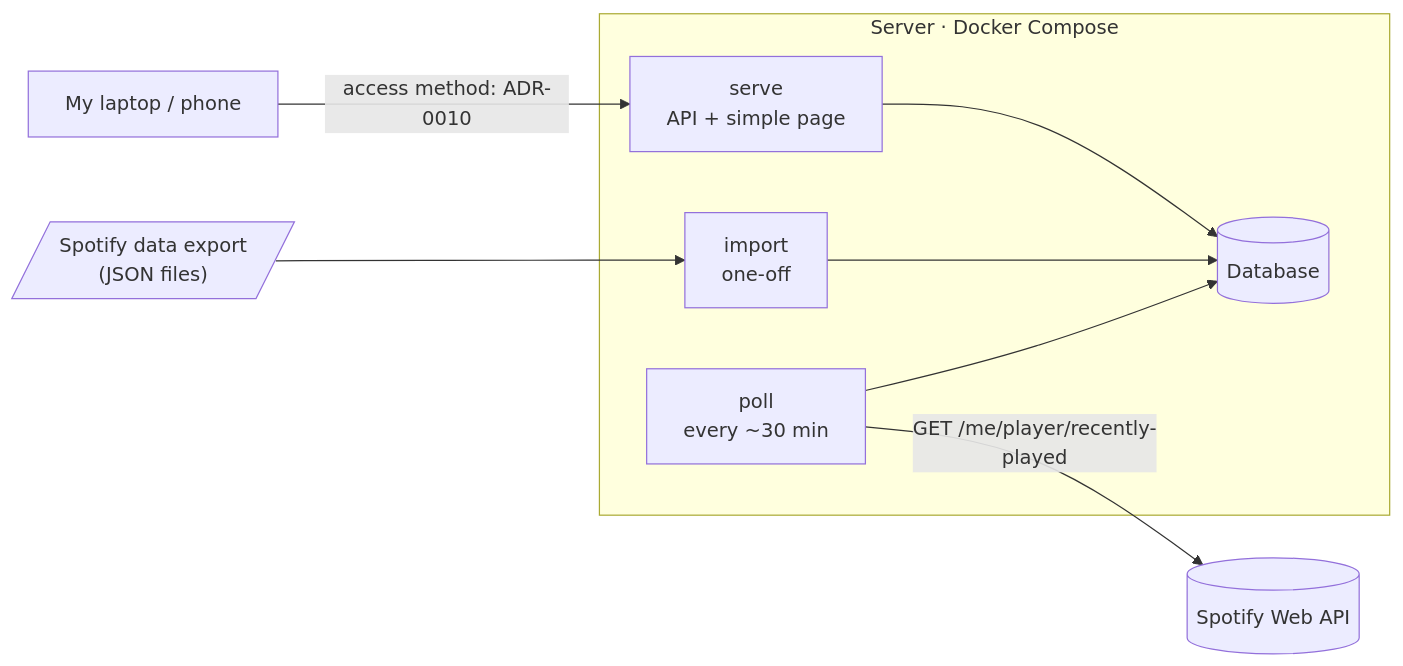
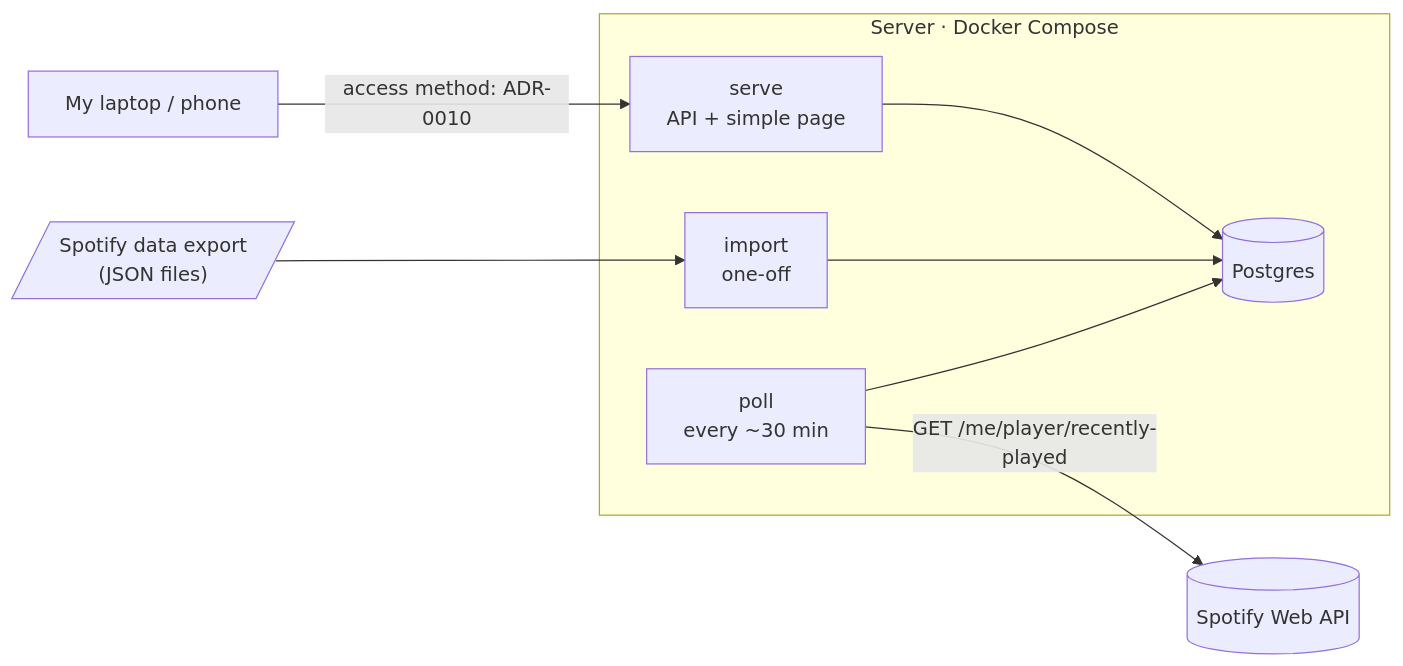
Before and after one commit to rn727/spotify-tracker: the diagram in README.md, drawn with Mermaid. The commit also changed other lines of this file and 1 other file, not shown here.

````diff
--- a/README.md
+++ b/README.md
@@ -27,13 +27,13 @@
 ```mermaid
 flowchart LR
     spotify[(Spotify Web API)]
     export[/"Spotify data export<br/>(JSON files)"/]
     subgraph vm["Server · Docker Compose"]
-        poller["poll<br/>every ~30 min"] --> db[(Database)]
+        poller["poll<br/>every ~30 min"] --> db[(Postgres)]
         importer["import<br/>one-off"] --> db
         api["serve<br/>API + simple page"] --> db
     end
     poller -- "GET /me/player/recently-played" --> spotify
     export --> importer
     me["My laptop / phone"] -- "access method: ADR-0010" --> api
 ```
````
